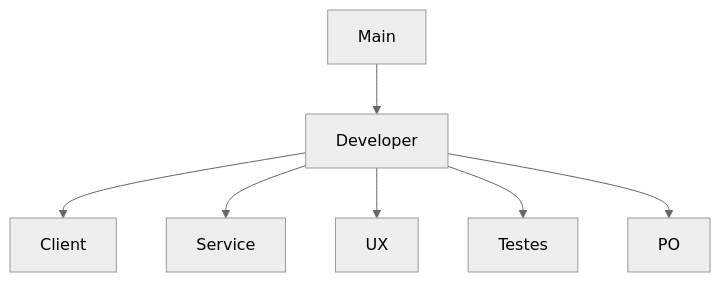
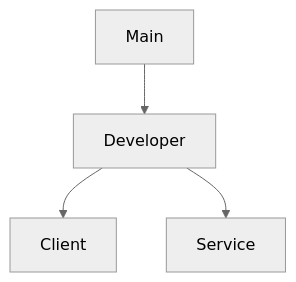
Before and after one commit to SquadLuzRosa/br.com.buscafarma.www: the first of 2 diagrams in DEVELOPMENT.md, drawn with Mermaid (neutral theme).

Commit message:
✨ feat: Atualizando diagrama Mermaid: Arquivo DEVELOPMENT

````diff
--- a/DEVELOPMENT.md
+++ b/DEVELOPMENT.md
@@ -8,9 +8,6 @@
 ```mermaid
 graph TD;
     A[Main] --> B[Developer]
     B --> C[Client]
     B --> D[Service]
-    B --> E[UX]
-    B --> F[Testes]
-    B --> G[PO]
 ```
````
